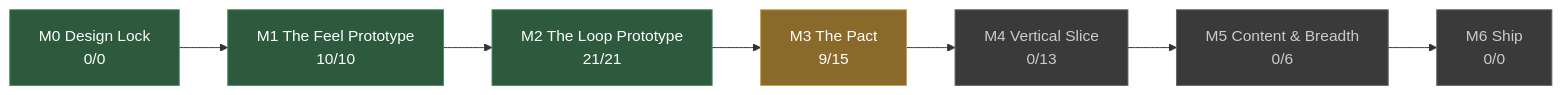
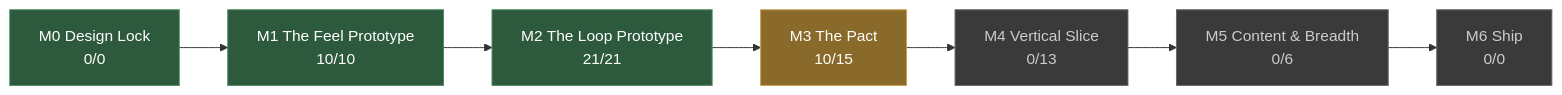
The diagram in docs/STATUS.md (JoshuaGessner/she), drawn with Mermaid before and after one commit. The commit also changed other lines of this file and 7 other files, not shown here.

````diff
--- a/docs/STATUS.md
+++ b/docs/STATUS.md
@@ -13,19 +13,19 @@
 ```mermaid
 flowchart LR
   M0["M0 Design Lock<br/>0/0"]:::passed
   M1["M1 The Feel Prototype<br/>10/10"]:::passed
   M0 --> M1
   M2["M2 The Loop Prototype<br/>21/21"]:::passed
   M1 --> M2
-  M3["M3 The Pact<br/>9/15"]:::current
+  M3["M3 The Pact<br/>10/15"]:::current
   M2 --> M3
   M4["M4 Vertical Slice<br/>0/13"]:::ahead
   M3 --> M4
   M5["M5 Content & Breadth<br/>0/6"]:::ahead
   M4 --> M5
   M6["M6 Ship<br/>0/0"]:::ahead
   M5 --> M6
   classDef passed fill:#2d5a3d,stroke:#4a8a5f,color:#fff
   classDef current fill:#8a6a2a,stroke:#c8a04a,color:#fff
   classDef ahead fill:#3a3a3a,stroke:#666,color:#ccc
 ```
````
